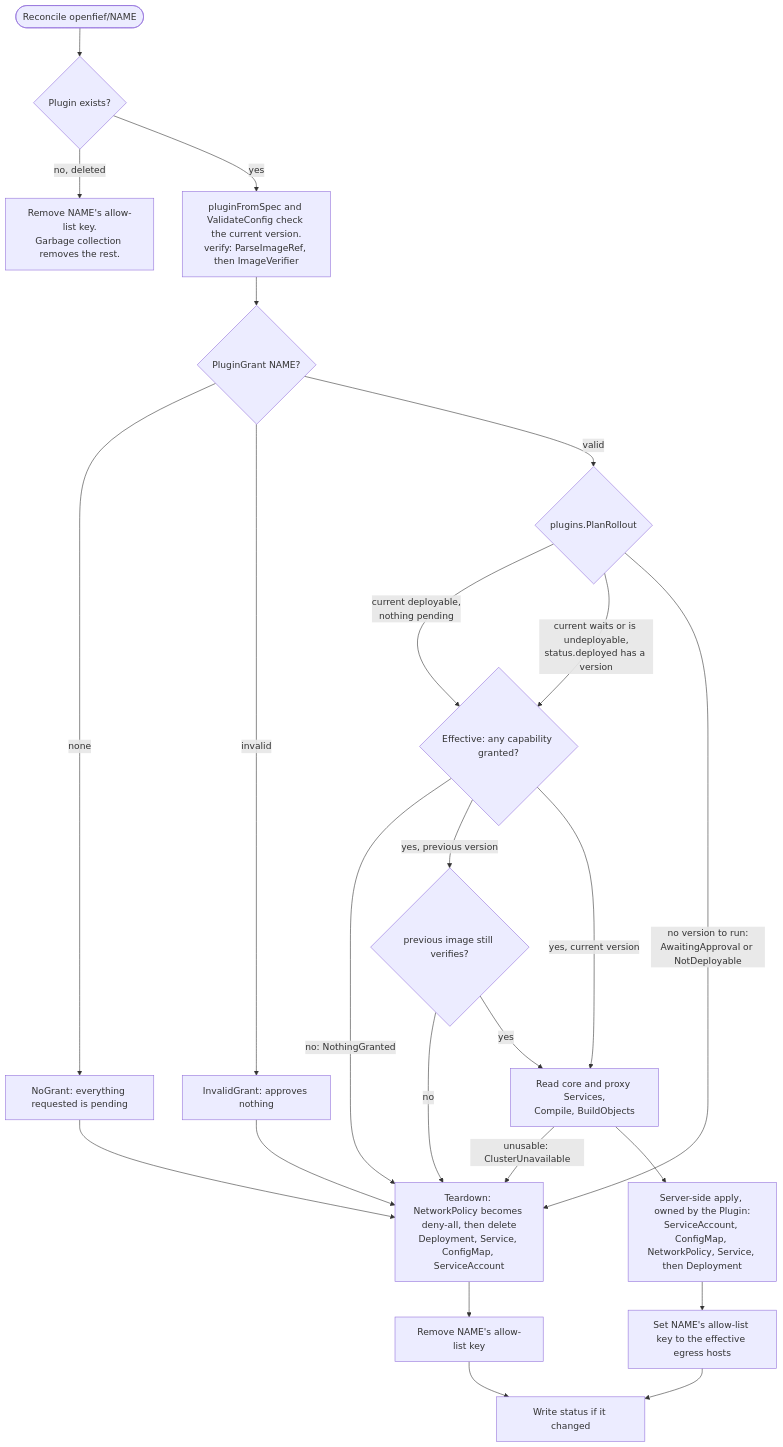
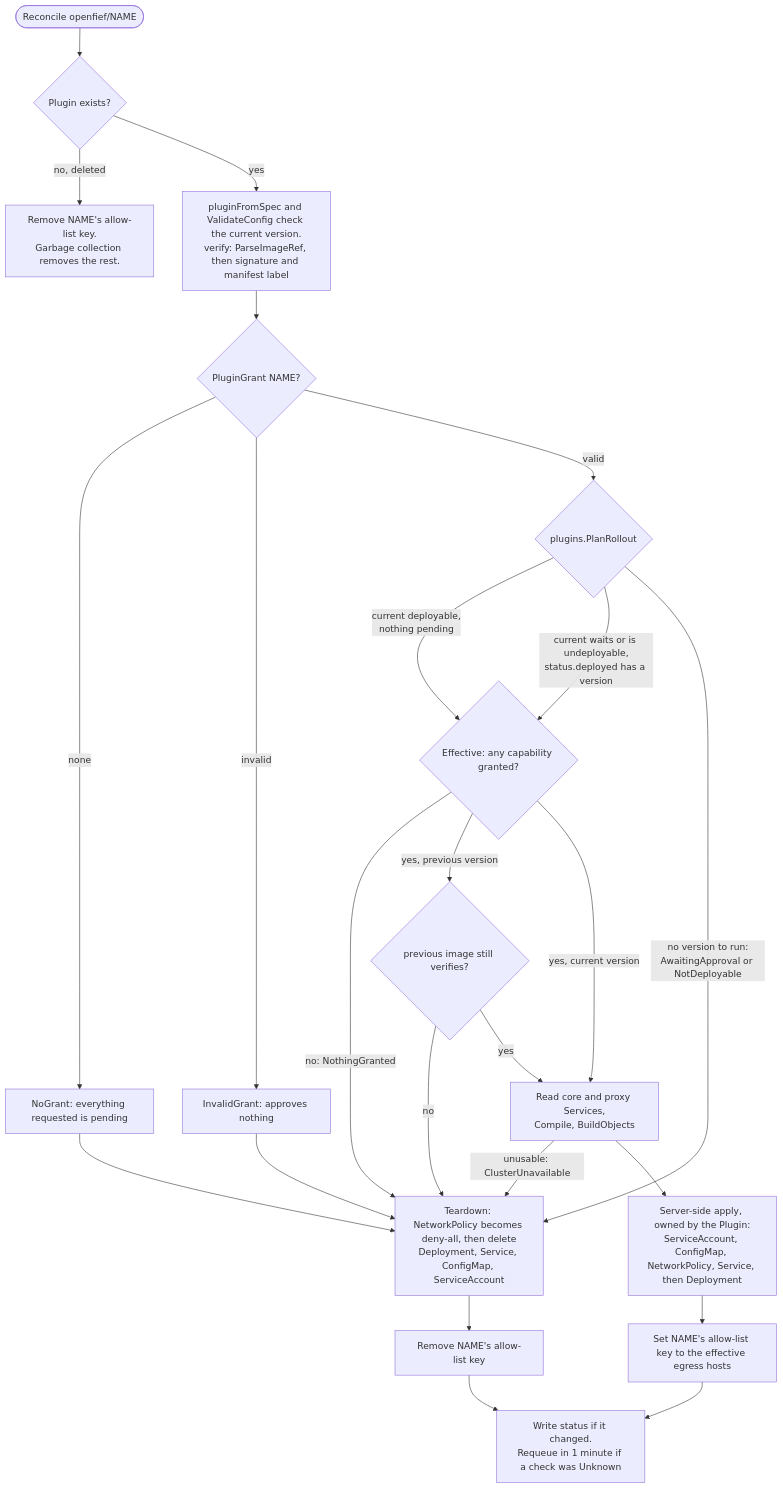
The second of 4 diagrams in docs/concepts/operator.md (arkadiuss/openfief), drawn with Mermaid before and after one commit. The commit also changed other lines of this file and 4 other files, not shown here.

````diff
--- a/docs/concepts/operator.md
+++ b/docs/concepts/operator.md
@@ -121,26 +127,26 @@
 ```mermaid
 flowchart TD
   start(["Reconcile openfief/NAME"]) --> exists{"Plugin exists?"}
   exists -- "no, deleted" --> drop["Remove NAME's allow-list key.<br/>Garbage collection removes the rest."]
-  exists -- yes --> check["pluginFromSpec and ValidateConfig check the current version.<br/>verify: ParseImageRef, then ImageVerifier"]
+  exists -- yes --> check["pluginFromSpec and ValidateConfig check the current version.<br/>verify: ParseImageRef, then signature and manifest label"]
   check --> grant{"PluginGrant NAME?"}
   grant -- "none" --> nogrant["NoGrant: everything requested is pending"]
   grant -- "invalid" --> badgrant["InvalidGrant: approves nothing"]
   grant -- "valid" --> plan{"plugins.PlanRollout"}
   plan -- "current deployable,<br/>nothing pending" --> eff{"Effective: any capability granted?"}
   plan -- "current waits or is undeployable,<br/>status.deployed has a version" --> eff
   plan -- "no version to run:<br/>AwaitingApproval or NotDeployable" --> teardown
   eff -- "no: NothingGranted" --> teardown
   eff -- "yes, previous version" --> prev{"previous image still verifies?"}
   prev -- no --> teardown
   prev -- yes --> build
   eff -- "yes, current version" --> build["Read core and proxy Services,<br/>Compile, BuildObjects"]
   build -- "unusable: ClusterUnavailable" --> teardown
   build --> apply["Server-side apply, owned by the Plugin:<br/>ServiceAccount, ConfigMap, NetworkPolicy, Service, then Deployment"]
   apply --> publish["Set NAME's allow-list key to the effective egress hosts"]
   nogrant --> teardown
   badgrant --> teardown
   teardown["Teardown: NetworkPolicy becomes deny-all, then delete<br/>Deployment, Service, ConfigMap, ServiceAccount"] --> unpublish["Remove NAME's allow-list key"]
-  publish --> status["Write status if it changed"]
+  publish --> status["Write status if it changed.<br/>Requeue in 1 minute if a check was Unknown"]
   unpublish --> status
 ```
````
